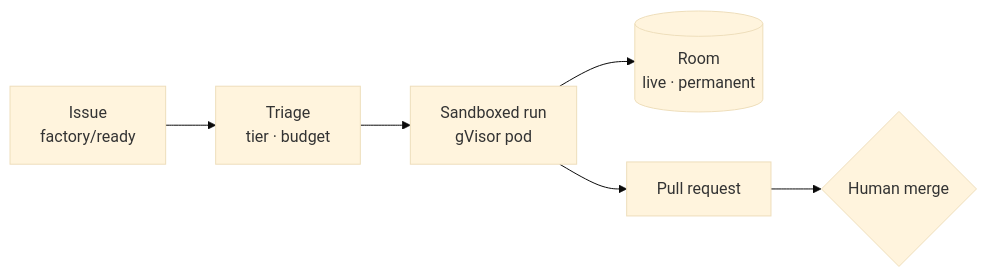
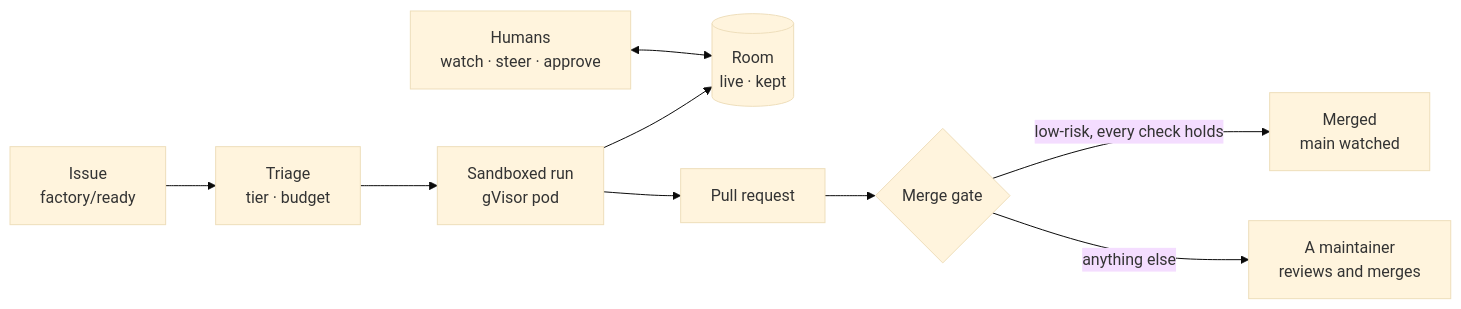
The diagram in README.md (Smana/maku), drawn with Mermaid (base theme) before and after one commit. The commit also changed other lines of this file and 2 other files, not shown here.

First line of the commit message:
docs(readme): open with an intro and the main features; drop the naming prose (#328)

````diff
--- a/README.md
+++ b/README.md
@@ -44,6 +88,9 @@
 ```mermaid
 flowchart LR
   issue["Issue<br/>factory/ready"] --> triage["Triage<br/>tier · budget"] --> run["Sandboxed run<br/>gVisor pod"]
-  run --> room[("Room<br/>live · permanent")]
-  run --> pr["Pull request"] --> merge{"Human merge"}
+  run --> room[("Room<br/>live · kept")]
+  humans["Humans<br/>watch · steer · approve"] <--> room
+  run --> pr["Pull request"] --> gate{"Merge gate"}
+  gate -->|"low-risk, every check holds"| merged["Merged<br/>main watched"]
+  gate -->|"anything else"| human["A maintainer<br/>reviews and merges"]
 ```
````
